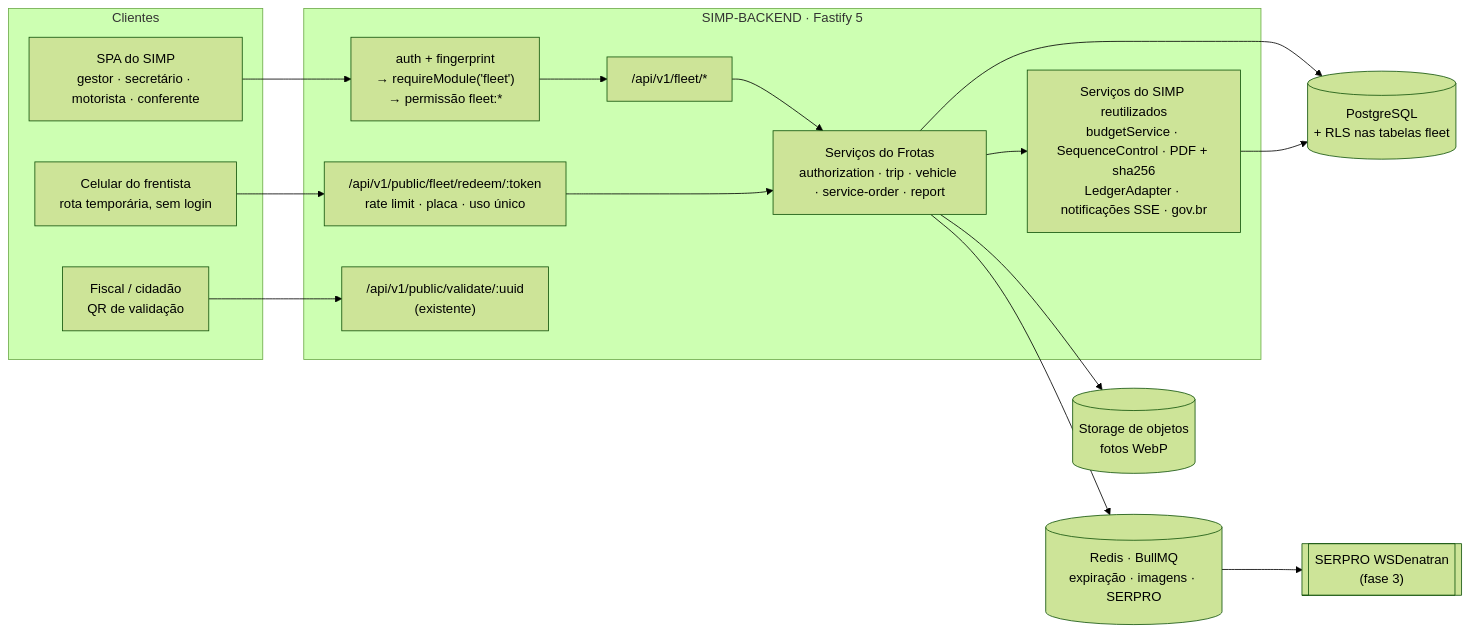
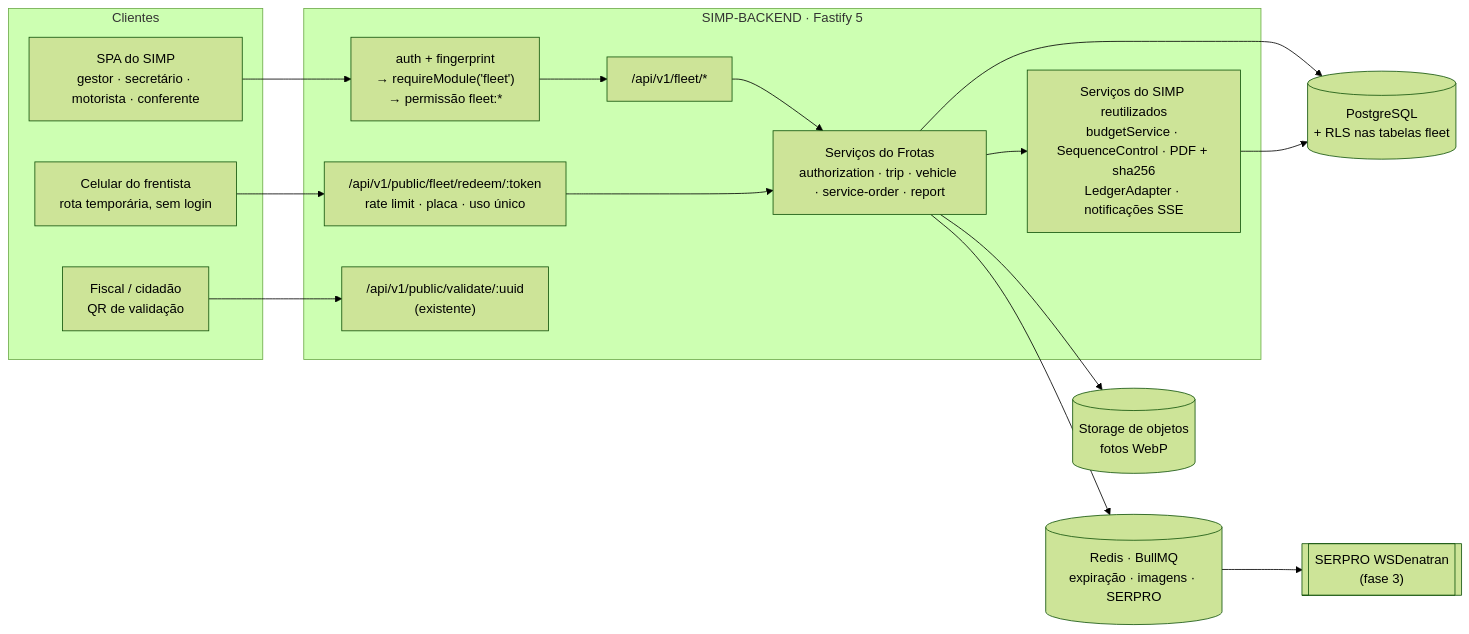
One commit to SIMP-SIMPLIFICA/SIMP-BACKEND changed the first of 3 diagrams in docs/frotas/Simplifica Frotas — Especificação Técnica de Desenvolvimento.md. Above: the diagram before and after it, drawn with Mermaid (forest theme). The commit also changed other lines of this file and 1 other file, not shown here.

First line of the commit message:
docs(frotas): specs alinhadas à D9 — autenticação por hash, sem gov.br

````diff
--- a/docs/frotas/Simplifica Frotas — Especificação Técnica de Desenvolvimento.md
+++ b/docs/frotas/Simplifica Frotas — Especificação Técnica de Desenvolvimento.md
@@ -68,30 +68,30 @@
 ```mermaid
 flowchart LR
   subgraph Clientes
     SPA["SPA do SIMP<br/>gestor · secretário · motorista · conferente"]
     POSTO["Celular do frentista<br/>rota temporária, sem login"]
     CID["Fiscal / cidadão<br/>QR de validação"]
   end
   subgraph API["SIMP-BACKEND · Fastify 5"]
     G["auth + fingerprint<br/>→ requireModule('fleet')<br/>→ permissão fleet:*"]
     R["/api/v1/fleet/*"]
     P["/api/v1/public/fleet/redeem/:token<br/>rate limit · placa · uso único"]
     V["/api/v1/public/validate/:uuid<br/>(existente)"]
     S["Serviços do Frotas<br/>authorization · trip · vehicle · service-order · report"]
-    SH["Serviços do SIMP reutilizados<br/>budgetService · SequenceControl · PDF + sha256<br/>LedgerAdapter · notificações SSE · gov.br"]
+    SH["Serviços do SIMP reutilizados<br/>budgetService · SequenceControl · PDF + sha256<br/>LedgerAdapter · notificações SSE"]
   end
   DB[("PostgreSQL<br/>+ RLS nas tabelas fleet")]
   RQ[("Redis · BullMQ<br/>expiração · imagens · SERPRO")]
   OBJ[("Storage de objetos<br/>fotos WebP")]
   SERPRO[["SERPRO WSDenatran<br/>(fase 3)"]]
 
   SPA --> G --> R --> S
   POSTO --> P --> S
   CID --> V
   S --> SH
   S --> DB
   SH --> DB
   S --> RQ
   S --> OBJ
   RQ --> SERPRO
 ```
````
